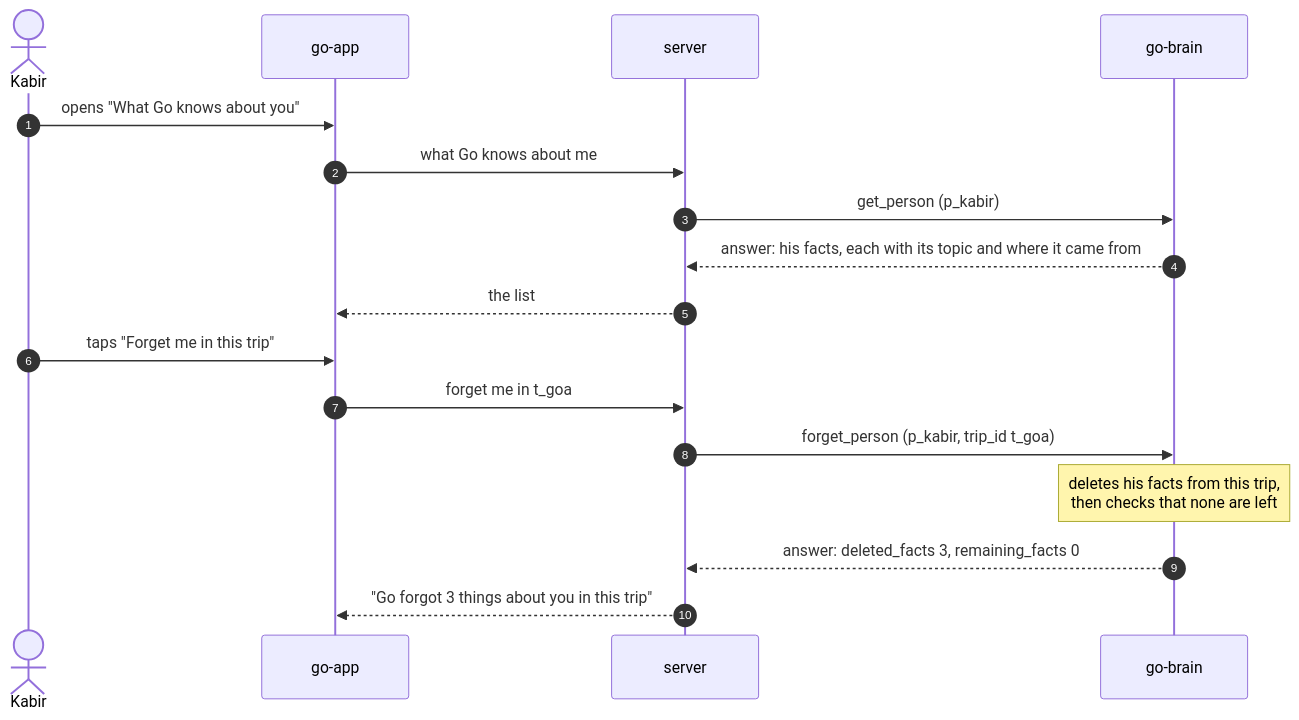
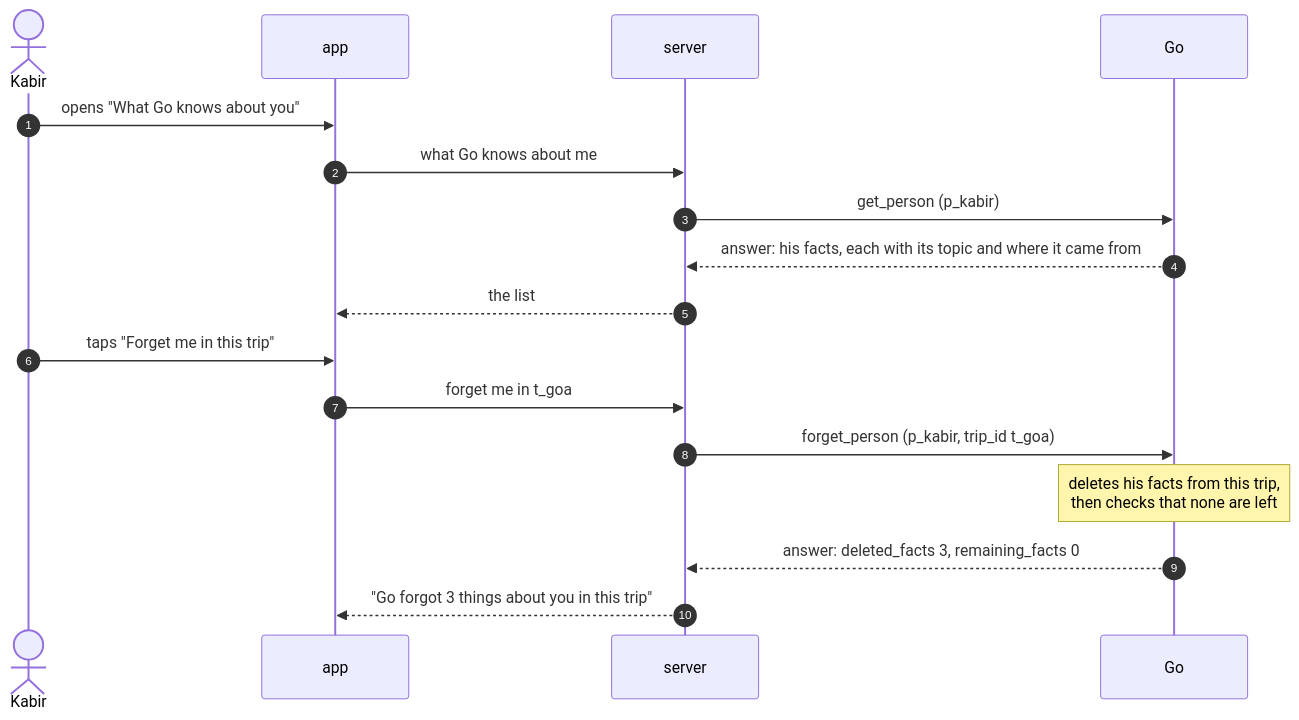
One commit to vestra-ai/go-brain changed the seventh of 8 diagrams in docs/guide/09-flows.md. Above: the diagram before and after it, drawn with Mermaid. The commit also changed other lines of this file and 37 other files, not shown here.

First line of the commit message:
docs: the three parts are the app, the server and Go; inside Go

````diff
--- a/docs/guide/09-flows.md
+++ b/docs/guide/09-flows.md
@@ -222,19 +222,19 @@
 ```mermaid
 sequenceDiagram
   autonumber
   actor Kabir
-  participant app as go-app
+  participant app as app
   participant server as server
-  participant brain as go-brain
+  participant go as Go
   Kabir->>app: opens "What Go knows about you"
   app->>server: what Go knows about me
-  server->>brain: get_person (p_kabir)
-  brain-->>server: answer: his facts, each with its topic and where it came from
+  server->>go: get_person (p_kabir)
+  go-->>server: answer: his facts, each with its topic and where it came from
   server-->>app: the list
   Kabir->>app: taps "Forget me in this trip"
   app->>server: forget me in t_goa
-  server->>brain: forget_person (p_kabir, trip_id t_goa)
-  Note over brain: deletes his facts from this trip,<br/>then checks that none are left
-  brain-->>server: answer: deleted_facts 3, remaining_facts 0
+  server->>go: forget_person (p_kabir, trip_id t_goa)
+  Note over go: deletes his facts from this trip,<br/>then checks that none are left
+  go-->>server: answer: deleted_facts 3, remaining_facts 0
   server-->>app: "Go forgot 3 things about you in this trip"
 ```
````
